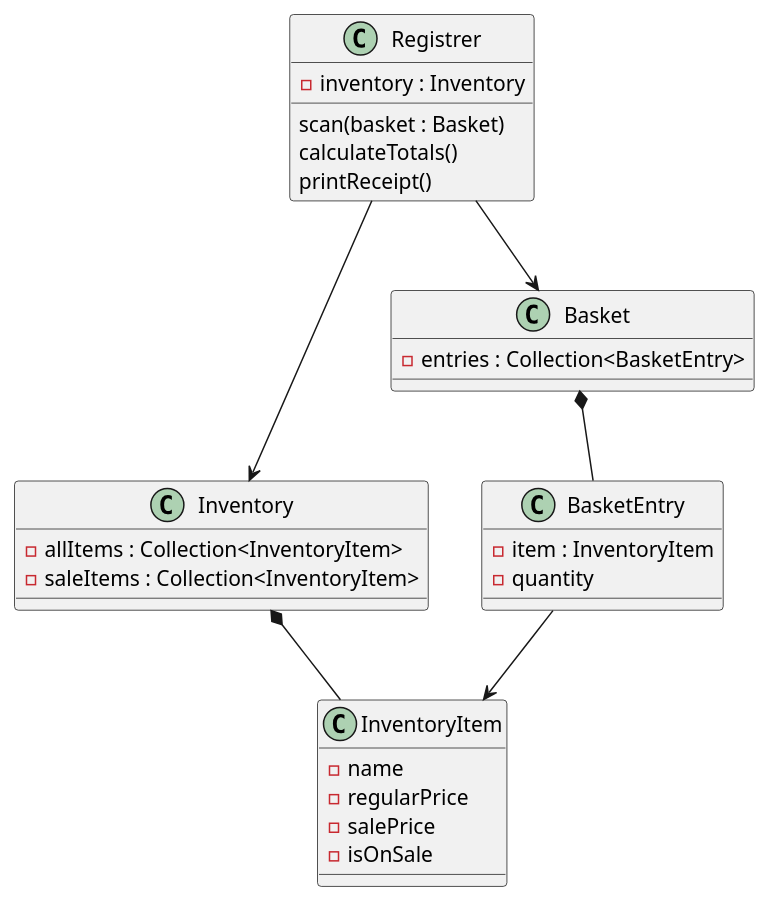
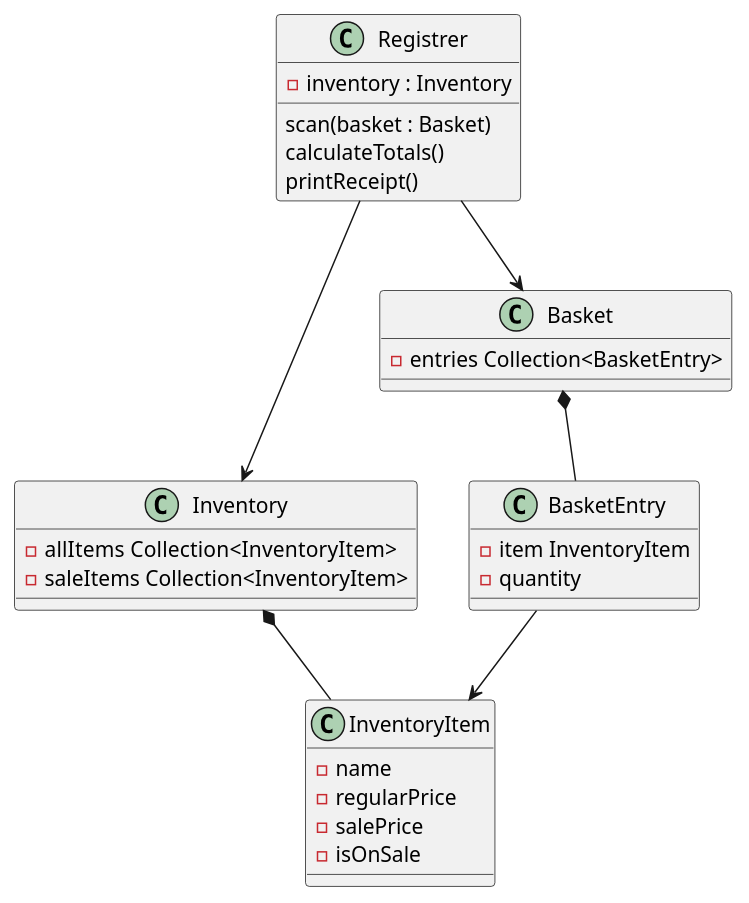
The diagram in src/Diagram/ClassDiagram.puml (Eligoon/Thursday_Task_7_Market), drawn with PlantUML before and after one commit.

Commit message:
Minor update on classdiagram

```diff
--- a/src/Diagram/ClassDiagram.puml
+++ b/src/Diagram/ClassDiagram.puml
@@ -1,43 +1,43 @@
 @startuml
 'https://plantuml.com/class-diagram
 
 Registrer --> Inventory
 Registrer --> Basket
 Basket *-- BasketEntry
 Inventory *-- InventoryItem
 BasketEntry --> InventoryItem
 
 
 class InventoryItem
 {
  - name
  - regularPrice
  - salePrice
  - isOnSale
 }
 
 class Registrer
 {
 - inventory : Inventory
 scan(basket : Basket)
 calculateTotals()
 printReceipt()
 }
 
 class Inventory
 {
-- allItems : Collection<InventoryItem>
-- saleItems : Collection<InventoryItem>
+- allItems  Collection<InventoryItem>
+- saleItems Collection<InventoryItem>
 }
 
 class Basket
 {
-- entries : Collection<BasketEntry>
+- entries Collection<BasketEntry>
 }
 
 class BasketEntry
 {
-- item : InventoryItem
+- item InventoryItem
 - quantity
 }
 @enduml
```
